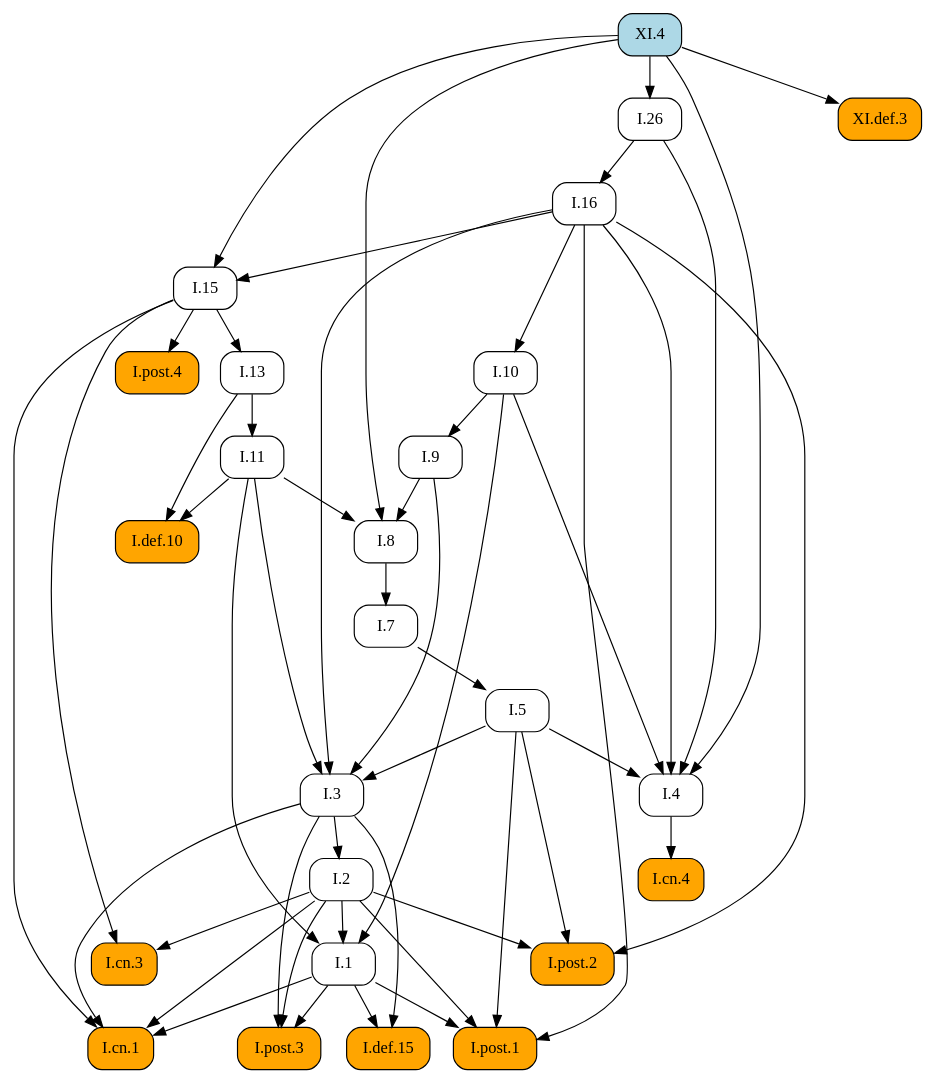
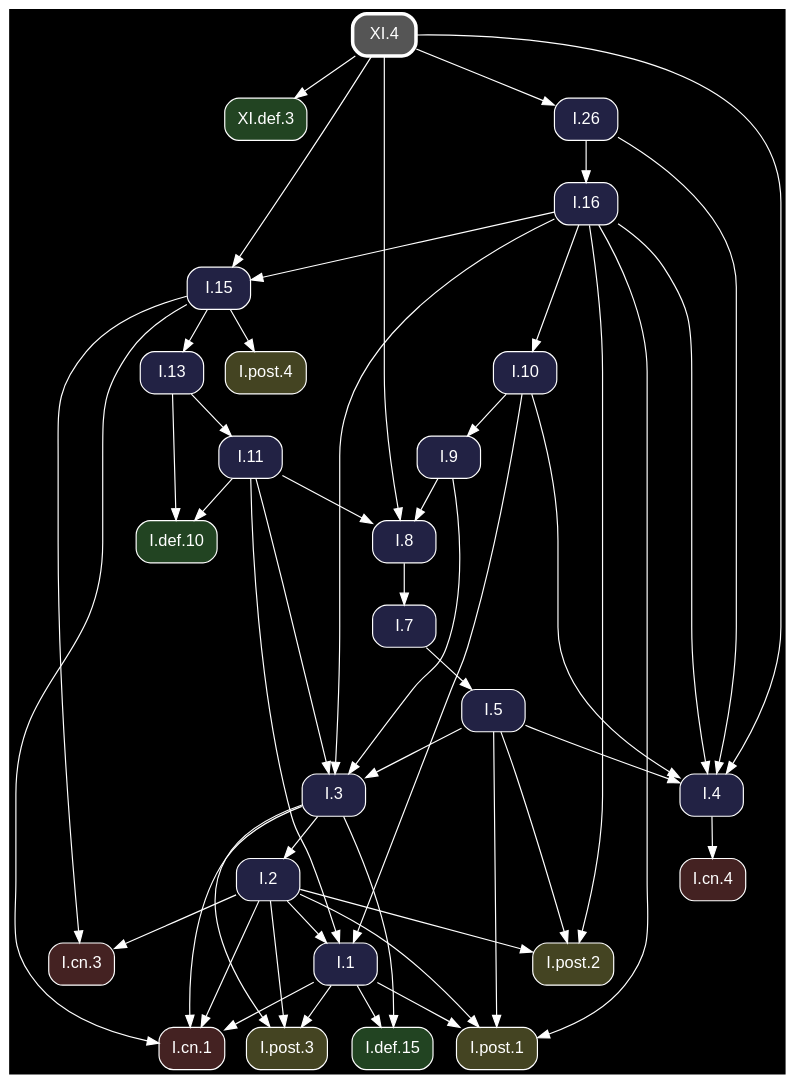
The diagram in docsrc/heath/XI/4/index.rst (geometor/elements), drawn with Graphviz before and after one commit. The commit also changed other lines of this file and 1200 other files, not shown here.

Commit message:
update dependency graphs

```diff
--- a/docsrc/heath/XI/4/index.rst
+++ b/docsrc/heath/XI/4/index.rst
@@ -59,80 +59,82 @@
 .. graphviz::
 
    digraph {
+     bgcolor="black";
+     node [shape=box, style="rounded,filled", fontname="Helvetica", color="white", fontcolor="white"];
+     edge [color="white", fontcolor="white"];
      rankdir="TB";
-     node [shape=box, style=rounded];
-     "I.9" [URL="/heath/I/9/", target="_top"];
-     "I.cn.1" [style="rounded,filled", fillcolor=orange, URL="/heath/I/cn.1/", target="_top"];
-     "I.7" [URL="/heath/I/7/", target="_top"];
-     "I.2" [URL="/heath/I/2/", target="_top"];
-     "XI.4" [style="rounded,filled", fillcolor=lightblue, URL="/heath/XI/4/", target="_top"];
-     "I.def.15" [style="rounded,filled", fillcolor=orange, URL="/heath/I/def.15/", target="_top"];
-     "I.13" [URL="/heath/I/13/", target="_top"];
-     "I.post.4" [style="rounded,filled", fillcolor=orange, URL="/heath/I/post.4/", target="_top"];
-     "I.4" [URL="/heath/I/4/", target="_top"];
-     "I.1" [URL="/heath/I/1/", target="_top"];
-     "I.post.3" [style="rounded,filled", fillcolor=orange, URL="/heath/I/post.3/", target="_top"];
-     "I.post.1" [style="rounded,filled", fillcolor=orange, URL="/heath/I/post.1/", target="_top"];
-     "I.5" [URL="/heath/I/5/", target="_top"];
-     "I.8" [URL="/heath/I/8/", target="_top"];
-     "I.cn.3" [style="rounded,filled", fillcolor=orange, URL="/heath/I/cn.3/", target="_top"];
-     "I.16" [URL="/heath/I/16/", target="_top"];
-     "I.def.10" [style="rounded,filled", fillcolor=orange, URL="/heath/I/def.10/", target="_top"];
-     "I.15" [URL="/heath/I/15/", target="_top"];
-     "XI.def.3" [style="rounded,filled", fillcolor=orange, URL="/heath/XI/def.3/", target="_top"];
-     "I.10" [URL="/heath/I/10/", target="_top"];
-     "I.11" [URL="/heath/I/11/", target="_top"];
-     "I.cn.4" [style="rounded,filled", fillcolor=orange, URL="/heath/I/cn.4/", target="_top"];
-     "I.post.2" [style="rounded,filled", fillcolor=orange, URL="/heath/I/post.2/", target="_top"];
-     "I.26" [URL="/heath/I/26/", target="_top"];
-     "I.3" [URL="/heath/I/3/", target="_top"];
-     "I.10" -> "I.9";
+     "I.3" [fillcolor="#222244", URL="/heath/I/3/", target="_top"];
+     "I.post.1" [fillcolor="#444422", URL="/heath/I/post.1/", target="_top"];
+     "I.cn.1" [fillcolor="#442222", URL="/heath/I/cn.1/", target="_top"];
+     "XI.def.3" [fillcolor="#224422", URL="/heath/XI/def.3/", target="_top"];
+     "I.def.10" [fillcolor="#224422", URL="/heath/I/def.10/", target="_top"];
+     "I.15" [fillcolor="#222244", URL="/heath/I/15/", target="_top"];
+     "I.11" [fillcolor="#222244", URL="/heath/I/11/", target="_top"];
+     "I.16" [fillcolor="#222244", URL="/heath/I/16/", target="_top"];
+     "I.cn.3" [fillcolor="#442222", URL="/heath/I/cn.3/", target="_top"];
+     "I.13" [fillcolor="#222244", URL="/heath/I/13/", target="_top"];
+     "I.2" [fillcolor="#222244", URL="/heath/I/2/", target="_top"];
+     "I.post.2" [fillcolor="#444422", URL="/heath/I/post.2/", target="_top"];
+     "I.cn.4" [fillcolor="#442222", URL="/heath/I/cn.4/", target="_top"];
+     "I.9" [fillcolor="#222244", URL="/heath/I/9/", target="_top"];
+     "I.1" [fillcolor="#222244", URL="/heath/I/1/", target="_top"];
+     "I.post.4" [fillcolor="#444422", URL="/heath/I/post.4/", target="_top"];
+     "XI.4" [penwidth=3, color="white", fillcolor="#555555", URL="/heath/XI/4/", target="_top"];
+     "I.26" [fillcolor="#222244", URL="/heath/I/26/", target="_top"];
+     "I.8" [fillcolor="#222244", URL="/heath/I/8/", target="_top"];
+     "I.4" [fillcolor="#222244", URL="/heath/I/4/", target="_top"];
+     "I.post.3" [fillcolor="#444422", URL="/heath/I/post.3/", target="_top"];
+     "I.7" [fillcolor="#222244", URL="/heath/I/7/", target="_top"];
+     "I.def.15" [fillcolor="#224422", URL="/heath/I/def.15/", target="_top"];
+     "I.5" [fillcolor="#222244", URL="/heath/I/5/", target="_top"];
+     "I.10" [fillcolor="#222244", URL="/heath/I/10/", target="_top"];
+     "I.5" -> "I.3";
+     "I.9" -> "I.3";
+     "I.11" -> "I.3";
+     "I.16" -> "I.3";
+     "I.1" -> "I.post.1";
+     "I.2" -> "I.post.1";
+     "I.5" -> "I.post.1";
+     "I.16" -> "I.post.1";
      "I.1" -> "I.cn.1";
      "I.2" -> "I.cn.1";
      "I.3" -> "I.cn.1";
      "I.15" -> "I.cn.1";
-     "I.8" -> "I.7";
+     "XI.4" -> "XI.def.3";
+     "I.11" -> "I.def.10";
+     "I.13" -> "I.def.10";
+     "I.16" -> "I.15";
+     "XI.4" -> "I.15";
+     "I.13" -> "I.11";
+     "I.26" -> "I.16";
+     "I.2" -> "I.cn.3";
+     "I.15" -> "I.cn.3";
+     "I.15" -> "I.13";
      "I.3" -> "I.2";
-     "I.1" -> "I.def.15";
-     "I.3" -> "I.def.15";
-     "I.15" -> "I.13";
+     "I.2" -> "I.post.2";
+     "I.5" -> "I.post.2";
+     "I.16" -> "I.post.2";
+     "I.4" -> "I.cn.4";
+     "I.10" -> "I.9";
+     "I.2" -> "I.1";
+     "I.10" -> "I.1";
+     "I.11" -> "I.1";
      "I.15" -> "I.post.4";
+     "XI.4" -> "I.26";
+     "I.9" -> "I.8";
+     "I.11" -> "I.8";
+     "XI.4" -> "I.8";
      "I.5" -> "I.4";
      "I.10" -> "I.4";
      "I.16" -> "I.4";
      "I.26" -> "I.4";
      "XI.4" -> "I.4";
-     "I.2" -> "I.1";
-     "I.10" -> "I.1";
-     "I.11" -> "I.1";
      "I.1" -> "I.post.3";
      "I.2" -> "I.post.3";
      "I.3" -> "I.post.3";
-     "I.1" -> "I.post.1";
-     "I.2" -> "I.post.1";
-     "I.5" -> "I.post.1";
-     "I.16" -> "I.post.1";
+     "I.8" -> "I.7";
+     "I.1" -> "I.def.15";
+     "I.3" -> "I.def.15";
      "I.7" -> "I.5";
-     "I.9" -> "I.8";
-     "I.11" -> "I.8";
-     "XI.4" -> "I.8";
-     "I.2" -> "I.cn.3";
-     "I.15" -> "I.cn.3";
-     "I.26" -> "I.16";
-     "I.11" -> "I.def.10";
-     "I.13" -> "I.def.10";
-     "I.16" -> "I.15";
-     "XI.4" -> "I.15";
-     "XI.4" -> "XI.def.3";
      "I.16" -> "I.10";
-     "I.13" -> "I.11";
-     "I.4" -> "I.cn.4";
-     "I.2" -> "I.post.2";
-     "I.5" -> "I.post.2";
-     "I.16" -> "I.post.2";
-     "XI.4" -> "I.26";
-     "I.5" -> "I.3";
-     "I.9" -> "I.3";
-     "I.11" -> "I.3";
-     "I.16" -> "I.3";
    }
```
